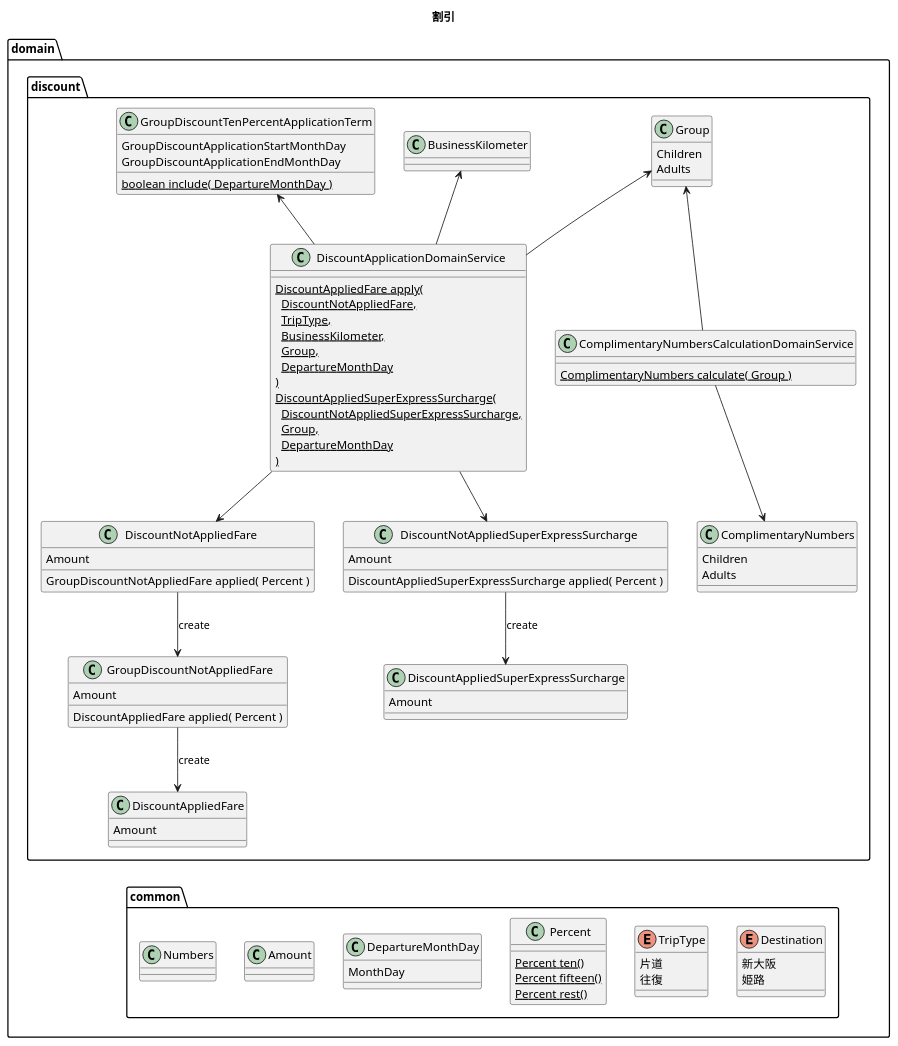
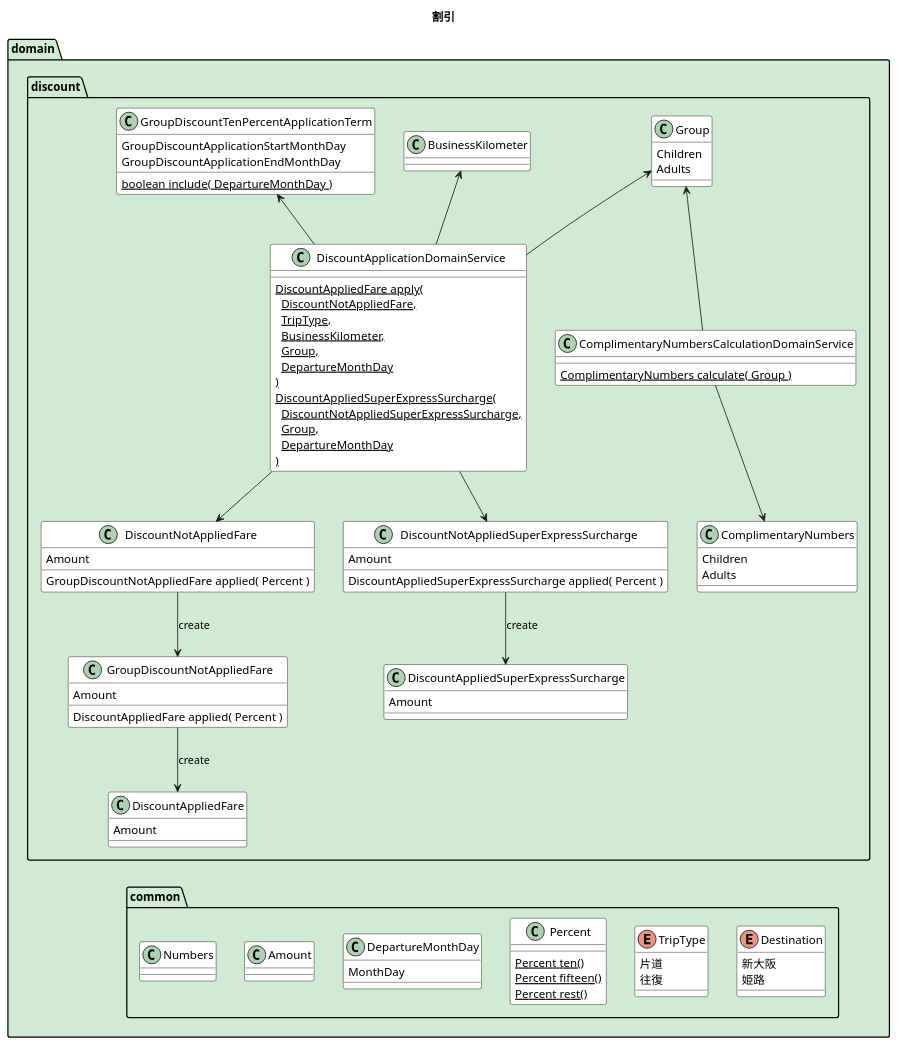
The diagram in docs/model/model.puml (n-ono/discount), drawn with PlantUML before and after one commit.

Commit message:
updated model

```diff
--- a/docs/model/model.puml
+++ b/docs/model/model.puml
@@ -1,92 +1,101 @@
 @startuml
 
 title 割引
+
+skinparam package {
+    BackgroundColor d0ead3
+}
+
+skinparam class {
+    BorderColor black
+    BackgroundColor white
+}
 
 namespace domain {
     namespace discount {
         class DiscountNotAppliedFare {
             Amount
             GroupDiscountNotAppliedFare applied( Percent )
         }
         class BusinessKilometer {}
         class Group {
             Children
             Adults
         }
         class DiscountNotAppliedSuperExpressSurcharge {
             Amount
             DiscountAppliedSuperExpressSurcharge applied( Percent )
         }
         class DiscountApplicationDomainService {
             {static} DiscountAppliedFare apply(\n  DiscountNotAppliedFare,\n  TripType,\n  BusinessKilometer,\n  Group,\n  DepartureMonthDay\n)
             {static} DiscountAppliedSuperExpressSurcharge(\n  DiscountNotAppliedSuperExpressSurcharge,\n  Group,\n  DepartureMonthDay\n)
         }
         class GroupDiscountTenPercentApplicationTerm {
             GroupDiscountApplicationStartMonthDay
             GroupDiscountApplicationEndMonthDay
             {static} boolean include( DepartureMonthDay )
         }
         class GroupDiscountNotAppliedFare {
             Amount
             DiscountAppliedFare applied( Percent )
         }
         class DiscountAppliedFare {
             Amount
         }
         class DiscountAppliedSuperExpressSurcharge {
             Amount
         }
         class ComplimentaryNumbersCalculationDomainService {
             {static} ComplimentaryNumbers calculate( Group )
         }
         class ComplimentaryNumbers {
             Children
             Adults
         }
 
         DiscountApplicationDomainService -u-> GroupDiscountTenPercentApplicationTerm
         DiscountApplicationDomainService -d-> DiscountNotAppliedFare
         DiscountApplicationDomainService -d-> DiscountNotAppliedSuperExpressSurcharge
         DiscountApplicationDomainService -u-> BusinessKilometer
         DiscountApplicationDomainService -u-> Group
         ComplimentaryNumbersCalculationDomainService -u-> Group
 
         DiscountNotAppliedFare -d-> GroupDiscountNotAppliedFare: create
         GroupDiscountNotAppliedFare -d-> DiscountAppliedFare: create
 
         DiscountNotAppliedSuperExpressSurcharge -d-> DiscountAppliedSuperExpressSurcharge: create
 
         ComplimentaryNumbersCalculationDomainService -d-> ComplimentaryNumbers
     }
 
     namespace common {
         class Amount {}
         class Numbers {}
         class Percent {
             {static} Percent ten()
             {static} Percent fifteen()
             {static} Percent rest()
         }
         enum Destination {
             新大阪
             姫路
         }
         enum TripType {
             片道
             往復
         }
         class DepartureMonthDay {
             MonthDay
         }
 
         Numbers -[hidden]r- Amount
         Amount -[hidden]r- DepartureMonthDay
         DepartureMonthDay -[hidden]r- Percent
         Percent -[hidden]r- TripType
         TripType -[hidden]r- Destination
     }
 
     domain.discount.DiscountAppliedFare -[hidden]d- domain.common.Numbers
 }
 
 @enduml
```
